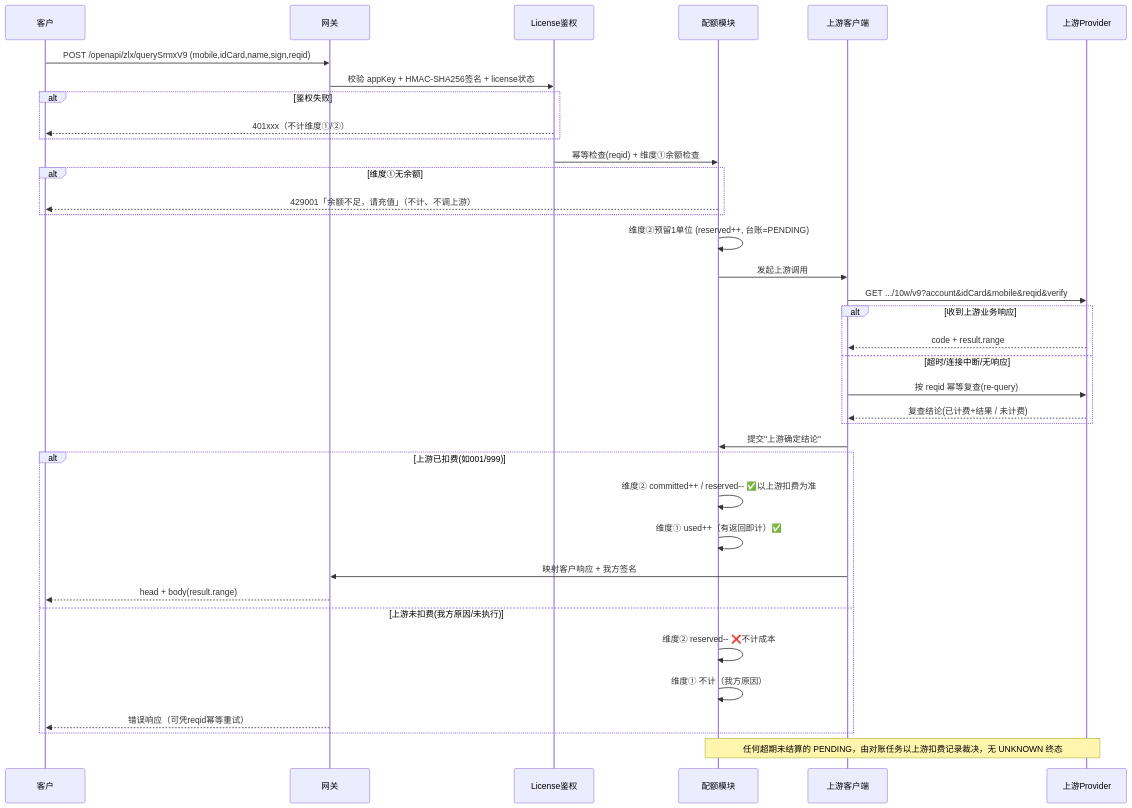
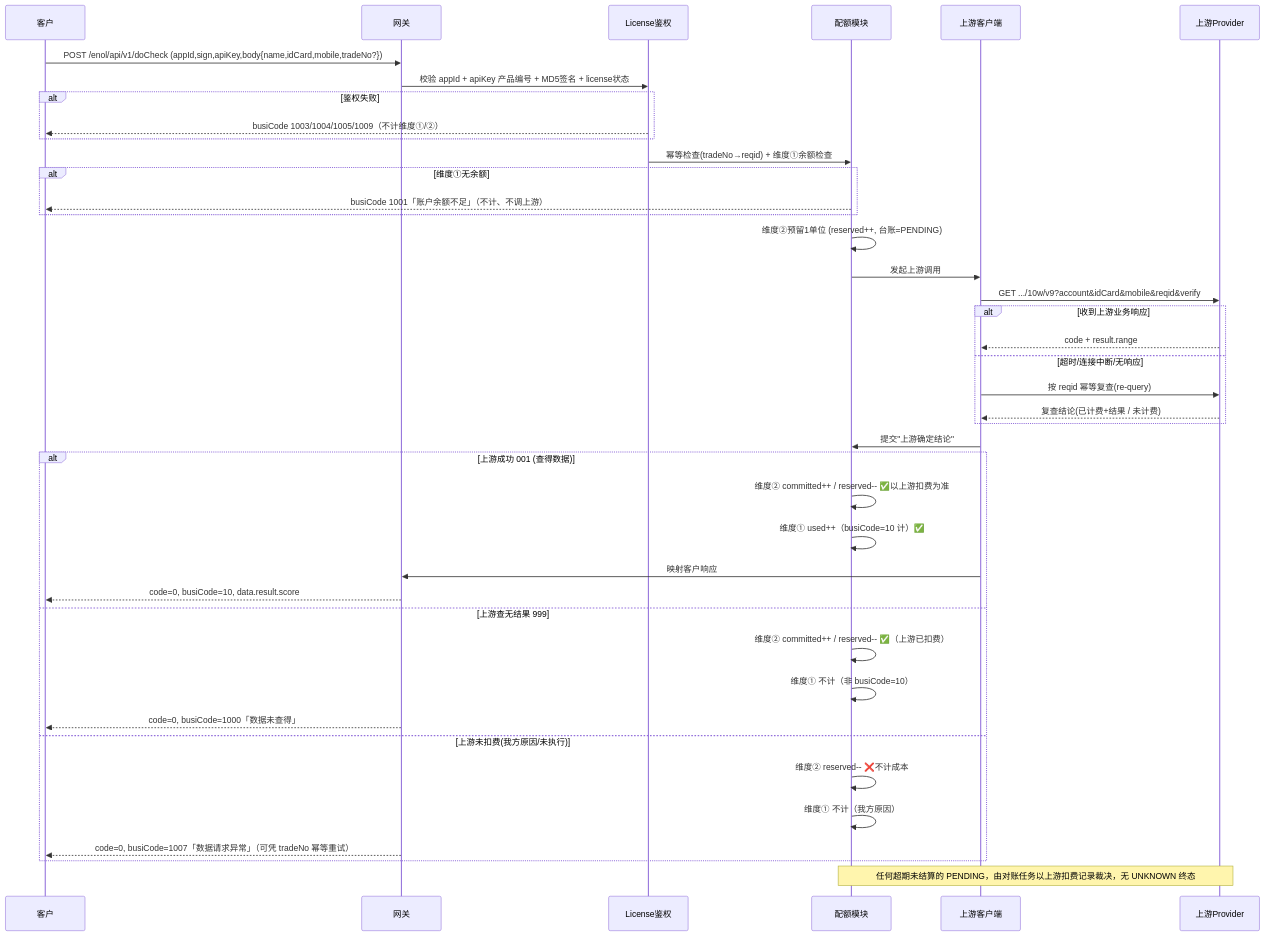
The second of 3 diagrams in docs/DESIGN.md (YunChen1227/DataHub), drawn with Mermaid before and after one commit. The commit also changed other lines of this file and 51 other files, not shown here.

````diff
--- a/docs/DESIGN.md
+++ b/docs/DESIGN.md
@@ -101,42 +103,46 @@
 ```mermaid
 sequenceDiagram
     participant C as 客户
     participant GW as 网关
     participant L as License鉴权
     participant Q as 配额模块
     participant U as 上游客户端
     participant P as 上游Provider
 
-    C->>GW: POST /openapi/zlx/querySrmxV9 (mobile,idCard,name,sign,reqid)
-    GW->>L: 校验 appKey + HMAC-SHA256签名 + license状态
+    C->>GW: POST /enol/api/v1/doCheck (appId,sign,apiKey,body{name,idCard,mobile,tradeNo?})
+    GW->>L: 校验 appId + apiKey 产品编号 + MD5签名 + license状态
     alt 鉴权失败
-        L-->>C: 401xxx（不计维度①/②）
+        L-->>C: busiCode 1003/1004/1005/1009（不计维度①/②）
     end
-    L->>Q: 幂等检查(reqid) + 维度①余额检查
+    L->>Q: 幂等检查(tradeNo→reqid) + 维度①余额检查
     alt 维度①无余额
-        Q-->>C: 429001「余额不足，请充值」（不计、不调上游）
+        Q-->>C: busiCode 1001「账户余额不足」（不计、不调上游）
     end
     Q->>Q: 维度②预留1单位 (reserved++, 台账=PENDING)
     Q->>U: 发起上游调用
     U->>P: GET .../10w/v9?account&idCard&mobile&reqid&verify
 
     alt 收到上游业务响应
         P-->>U: code + result.range
     else 超时/连接中断/无响应
         U->>P: 按 reqid 幂等复查(re-query)
         P-->>U: 复查结论(已计费+结果 / 未计费)
     end
 
     U->>Q: 提交"上游确定结论"
-    alt 上游已扣费(如001/999)
+    alt 上游成功 001 (查得数据)
         Q->>Q: 维度② committed++ / reserved-- ✅以上游扣费为准
-        Q->>Q: 维度① used++（有返回即计）✅
-        U->>GW: 映射客户响应 + 我方签名
-        GW-->>C: head + body(result.range)
+        Q->>Q: 维度① used++（busiCode=10 计）✅
+        U->>GW: 映射客户响应
+        GW-->>C: code=0, busiCode=10, data.result.score
+    else 上游查无结果 999
+        Q->>Q: 维度② committed++ / reserved-- ✅（上游已扣费）
+        Q->>Q: 维度① 不计（非 busiCode=10）
+        GW-->>C: code=0, busiCode=1000「数据未查得」
     else 上游未扣费(我方原因/未执行)
         Q->>Q: 维度② reserved-- ❌不计成本
         Q->>Q: 维度① 不计（我方原因）
-        GW-->>C: 错误响应（可凭reqid幂等重试）
+        GW-->>C: code=0, busiCode=1007「数据请求异常」（可凭 tradeNo 幂等重试）
     end
     note over Q,P: 任何超期未结算的 PENDING，由对账任务以上游扣费记录裁决，无 UNKNOWN 终态
 ```
````
